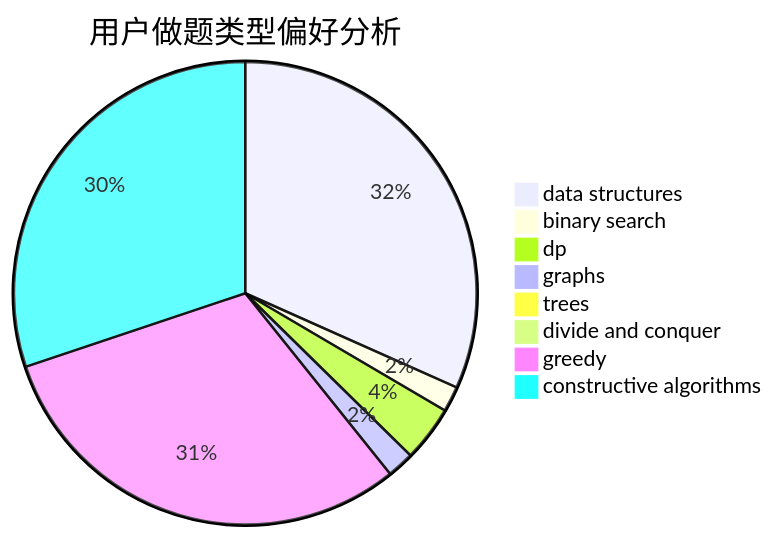
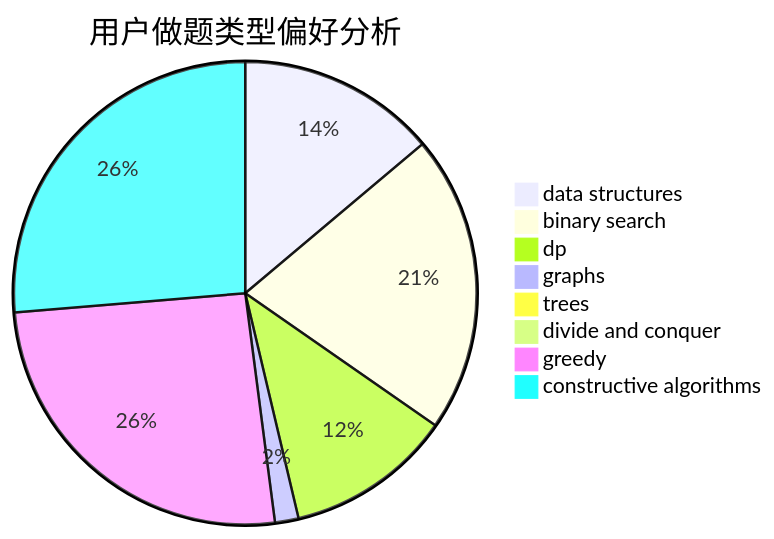
Before and after one commit to sherpahu/cfrs.github.io: the second of 3 diagrams in docs/user/u671.md, drawn with Mermaid. The commit also changed other lines of this file and 2770 other files, not shown here.

````diff
--- a/docs/user/u671.md
+++ b/docs/user/u671.md
@@ -23,11 +23,11 @@
 ```mermaid
 pie title 用户做题类型偏好分析
-    "data structures" :  268
-    "binary search" :  15
-    "dp" :  33
-    "graphs" :  16
+    "data structures" :  118
+    "binary search" :  177
+    "dp" :  99
+    "graphs" :  14
     "trees" :  0
     "divide and conquer" :  0
-    "greedy" :  259
-    "constructive algorithms" :  255
+    "greedy" :  219
+    "constructive algorithms" :  224
 ```
````
